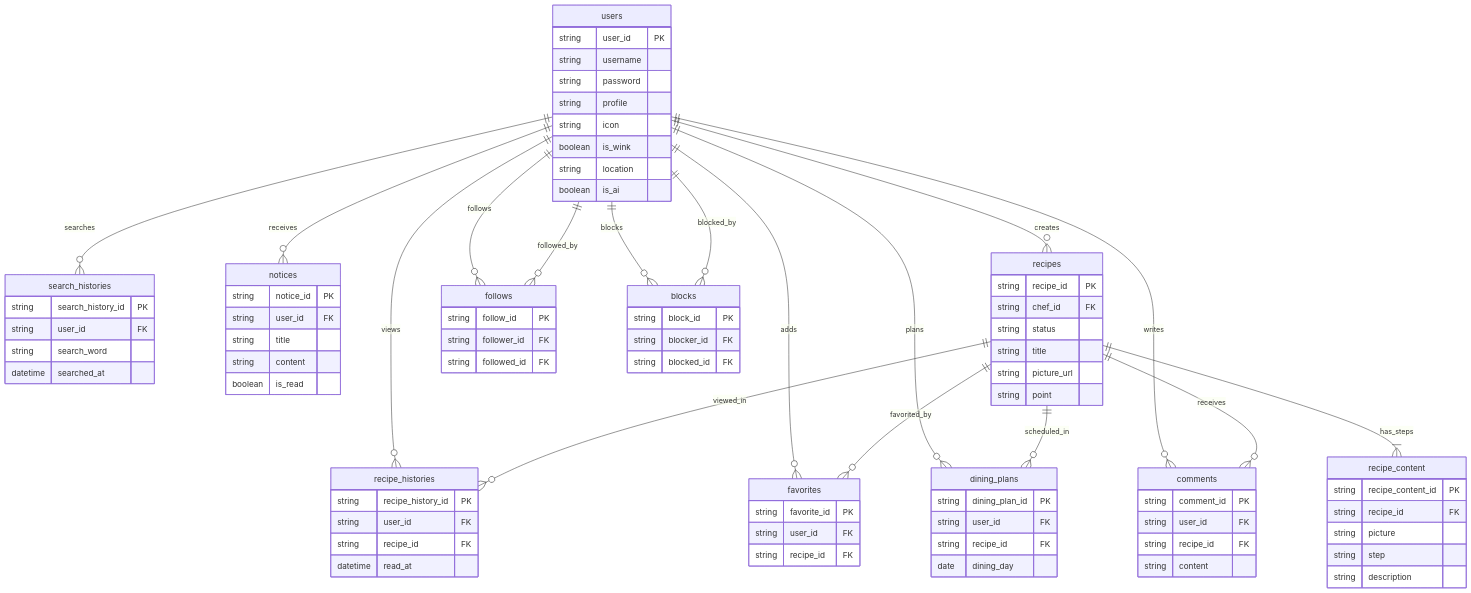
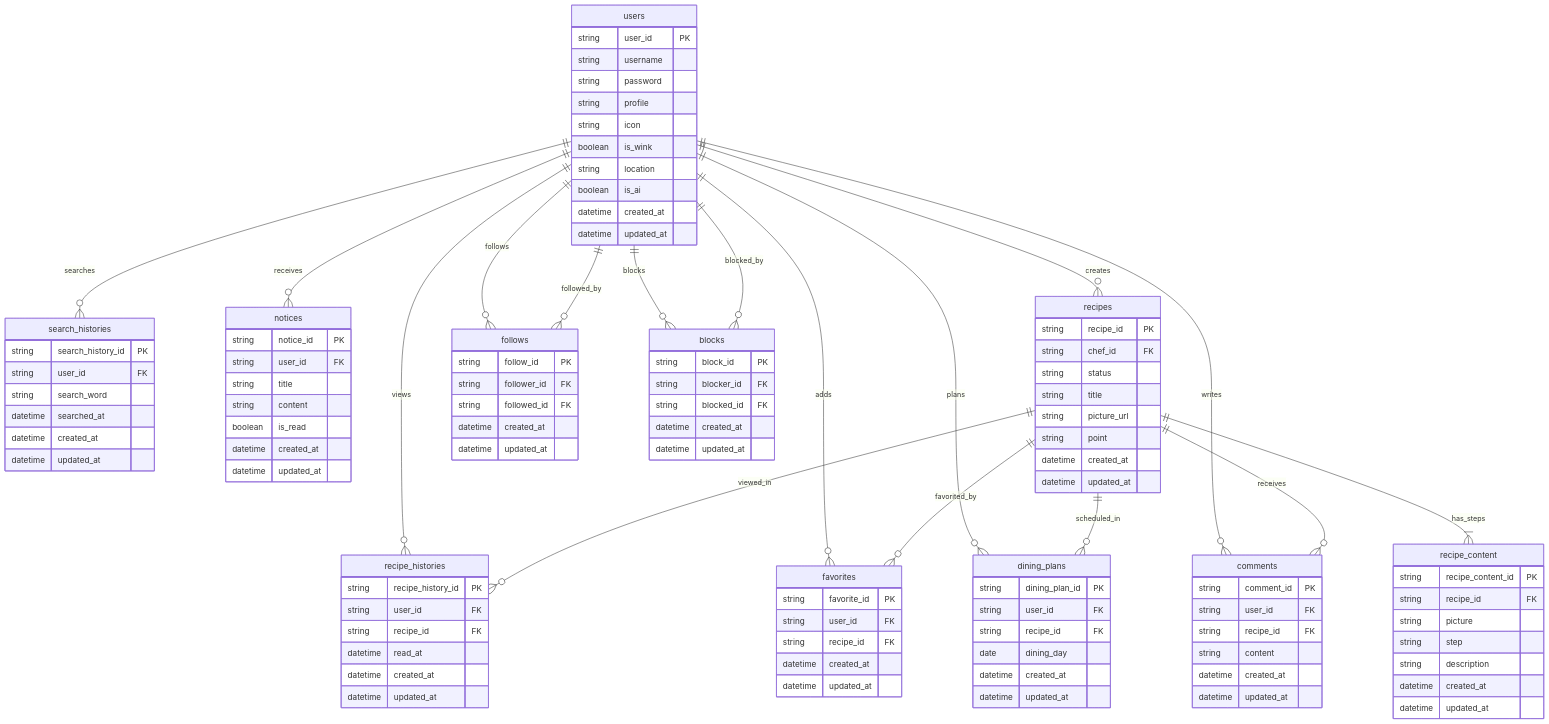
One commit to ko-tarou/JPHACKS2025 changed the diagram in docs/database.md. Above: the diagram before and after it, drawn with Mermaid.

Commit message:
add タイムスタンプ追加

```diff
--- a/docs/database.md
+++ b/docs/database.md
@@ -11,18 +11,24 @@
     boolean is_wink
     string location
     boolean is_ai
+    datetime created_at
+    datetime updated_at
   }
   search_histories {
     string search_history_id PK
     string user_id FK
     string search_word
     datetime searched_at
+    datetime created_at
+    datetime updated_at
   }
   recipe_histories {
     string recipe_history_id PK
     string user_id FK
     string recipe_id FK
     datetime read_at
+    datetime created_at
+    datetime updated_at
   }
   notices {
     string notice_id PK
@@ -30,6 +36,8 @@
     string title
     string content
     boolean is_read
+    datetime created_at
+    datetime updated_at
   }
   recipes {
     string recipe_id PK
@@ -38,6 +46,8 @@
     string title
     string picture_url
     string point
+    datetime created_at
+    datetime updated_at
   }
   recipe_content {
     string recipe_content_id PK
@@ -45,33 +55,45 @@
     string picture
     string step
     string description
+    datetime created_at
+    datetime updated_at
   }
   favorites {
     string favorite_id PK
     string user_id FK
     string recipe_id FK
+    datetime created_at
+    datetime updated_at
   }
   dining_plans {
     string dining_plan_id PK
     string user_id FK
     string recipe_id FK
     date dining_day
+    datetime created_at
+    datetime updated_at
   }
   follows {
     string follow_id PK
     string follower_id FK
     string followed_id FK
+    datetime created_at
+    datetime updated_at
   }
   comments {
     string comment_id PK
     string user_id FK
     string recipe_id FK
     string content
+    datetime created_at
+    datetime updated_at
   }
   blocks {
     string block_id PK
     string blocker_id FK
     string blocked_id FK
+    datetime created_at
+    datetime updated_at
   }
   
   users ||--o{ search_histories : "searches"
```
